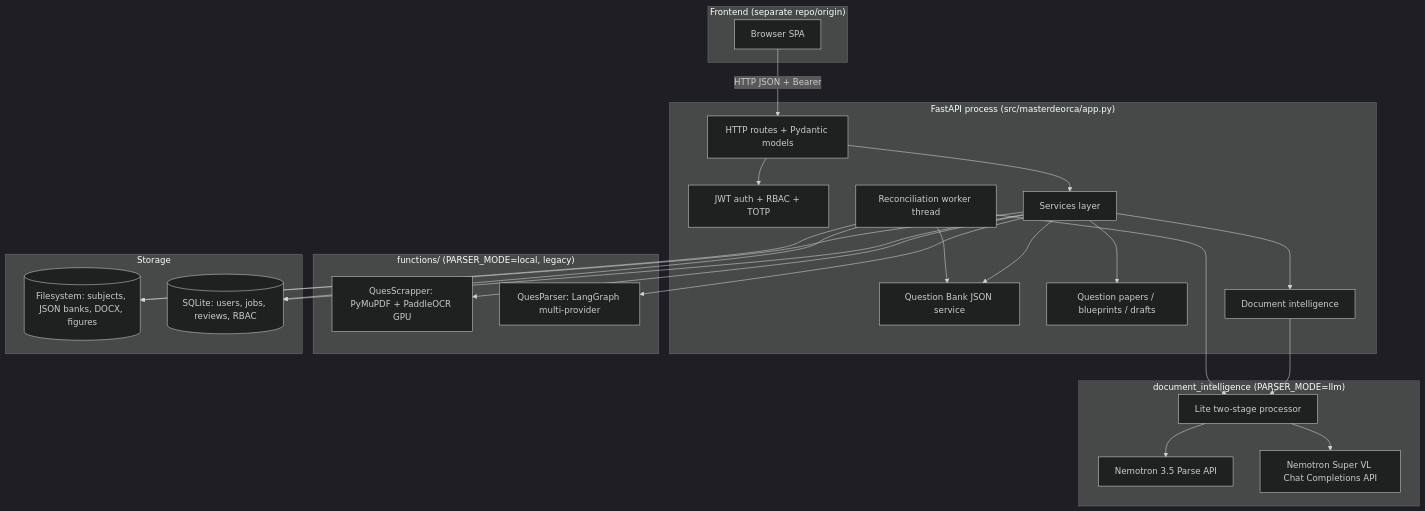
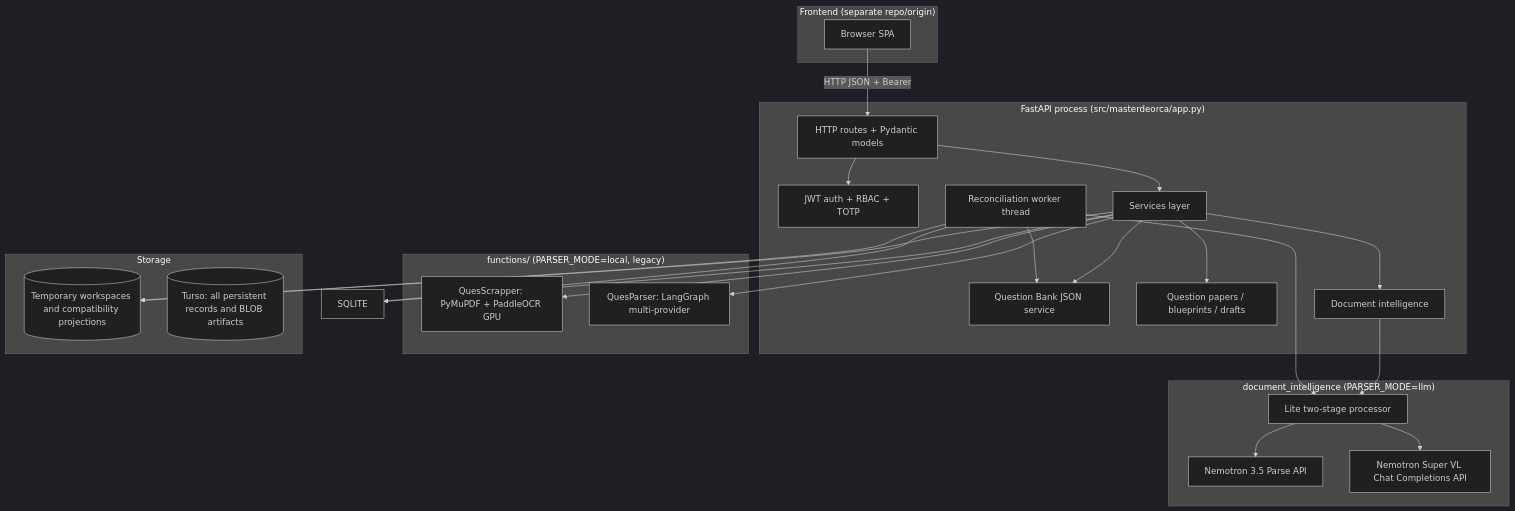
Before and after one commit to bibhusharma1/QPEngine: the first of 3 diagrams in docs/BACKEND_ARCHITECTURE.md, drawn with Mermaid (dark theme). The commit also changed other lines of this file and 15 other files, not shown here.

````diff
--- a/docs/BACKEND_ARCHITECTURE.md
+++ b/docs/BACKEND_ARCHITECTURE.md
@@ -60,50 +59,50 @@
 ```mermaid
 flowchart TB
     subgraph CLIENT["Frontend (separate repo/origin)"]
         UI[Browser SPA]
     end
 
     subgraph API["FastAPI process (src/masterdeorca/app.py)"]
         ROUTES[HTTP routes + Pydantic models]
         AUTH[JWT auth + RBAC + TOTP]
         SVC[Services layer]
         QB[Question Bank JSON service]
         QP[Question papers / blueprints / drafts]
         RECON[Reconciliation worker thread]
         DI[Document intelligence]
     end
 
     subgraph DIAG["document_intelligence (PARSER_MODE=llm)"]
         LITE[Lite two-stage processor]
         PARSE[Nemotron 3.5 Parse API]
         SVL[Nemotron Super VL Chat Completions API]
     end
 
     subgraph LEGACY["functions/ (PARSER_MODE=local, legacy)"]
         SCR[QuesScrapper: PyMuPDF + PaddleOCR GPU]
         LP[QuesParser: LangGraph multi-provider]
     end
 
     subgraph STORE["Storage"]
-        FS[(Filesystem: subjects, JSON banks, DOCX, figures)]
-        SQLITE[(SQLite: users, jobs, reviews, RBAC)]
+        FS[(Temporary workspaces and compatibility projections)]
+        TURSO[(Turso: all persistent records and BLOB artifacts)]
     end
 
     UI -->|HTTP JSON + Bearer| ROUTES
     ROUTES --> AUTH
     ROUTES --> SVC
     SVC --> DI
     DI --> LITE
     LITE --> PARSE
     LITE --> SVL
     SVC --> SCR
     SVC --> LP
     SVC --> QB
     SVC --> QP
     RECON --> QB
     RECON --> LITE
     SVC --> FS
     SVC --> SQLITE
     RECON --> FS
     RECON --> SQLITE
 ```
````
